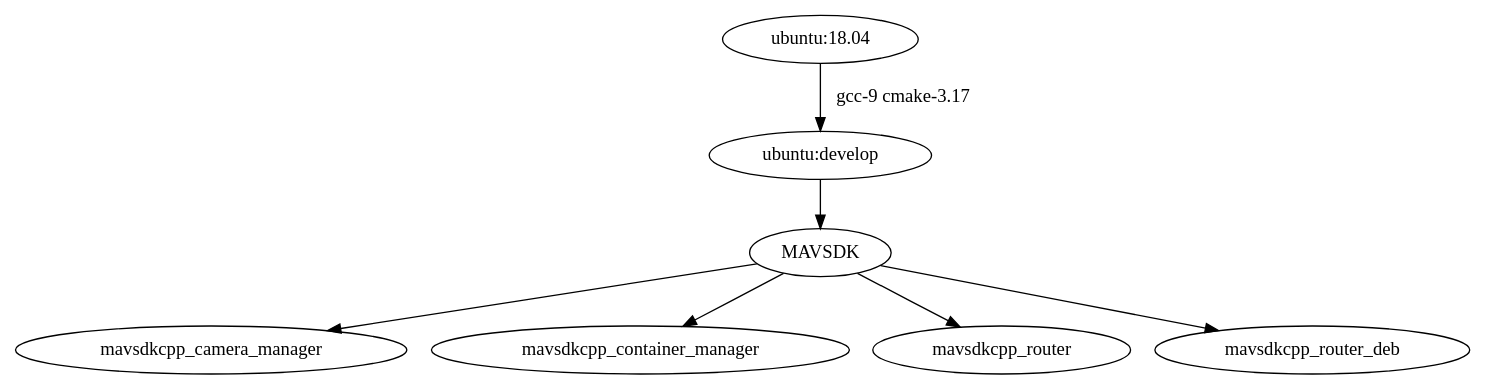
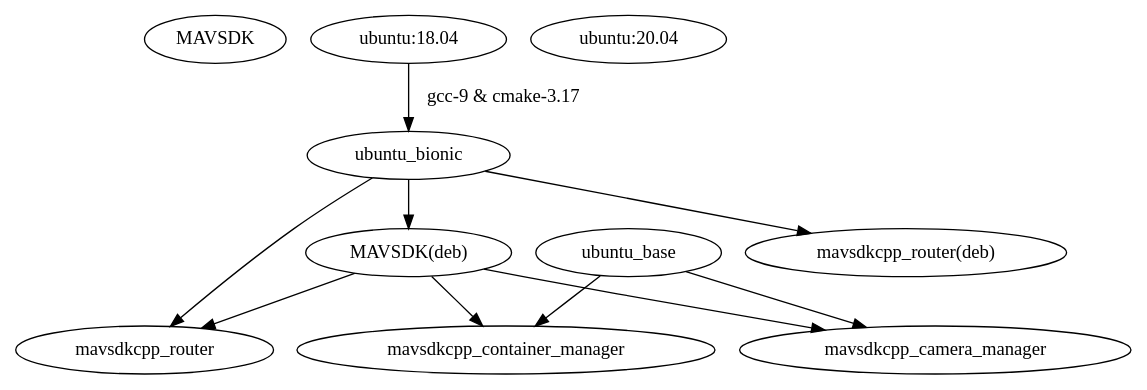
One commit to coccobas/DocuConversionNotion changed the second of 3 diagrams in source/drones/drone.rst. Above: the diagram before and after it, drawn with Graphviz.

Commit message:
update drone container dependencies

```diff
--- a/source/drones/drone.rst
+++ b/source/drones/drone.rst
@@ -24,16 +24,21 @@
 .. graphviz::
 
    digraph mavsdkcpp_containers {
       "MAVSDK" [URL="https://github.com/BeagleSystems/mavsdk"]
       "ubuntu:18.04"
-      "ubuntu:develop"
+      "ubuntu_bionic"
+      "ubuntu:20.04"
+      "ubuntu_base"
       "mavsdkcpp_camera_manager" [URL="https://github.com/BeagleSystems/mavsdkcpp-camera-manager"]
       "mavsdkcpp_container_manager" [URL="https://github.com/BeagleSystems/mavsdkcpp-container-manager"]
       "mavsdkcpp_router" [URL="https://github.com/BeagleSystems/mavsdkcpp-router"]
-      "ubuntu:18.04" -> "ubuntu:develop" [ label="gcc-9 cmake-3.17" ]
-      "ubuntu:develop" -> "MAVSDK"
-      "MAVSDK" -> "mavsdkcpp_router_deb"
-      "MAVSDK" -> "mavsdkcpp_camera_manager"
-      "MAVSDK" -> "mavsdkcpp_container_manager"
-      "MAVSDK" -> "mavsdkcpp_router"
+      "ubuntu:18.04" -> "ubuntu_bionic" [ label="gcc-9 & cmake-3.17" ]
+      "ubuntu_bionic" -> "MAVSDK(deb)"
+      "MAVSDK(deb)" -> "mavsdkcpp_router"
+      "ubuntu_bionic" -> "mavsdkcpp_router"
+      "ubuntu_bionic" -> "mavsdkcpp_router(deb)"
+      "ubuntu_base" -> "mavsdkcpp_camera_manager"
+      "MAVSDK(deb)" -> "mavsdkcpp_camera_manager"
+      "ubuntu_base" -> "mavsdkcpp_container_manager"
+      "MAVSDK(deb)" -> "mavsdkcpp_container_manager"      
    }
```
